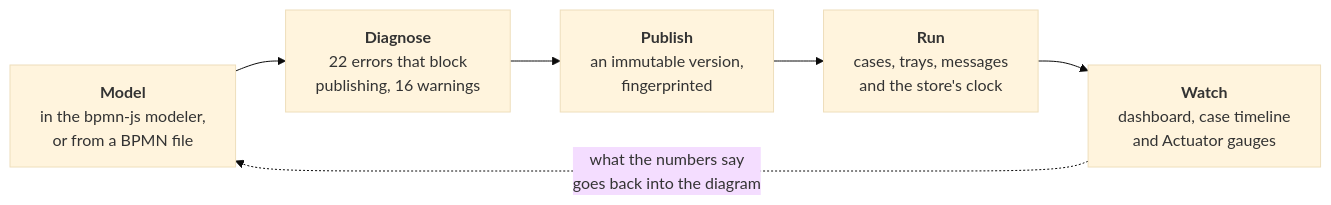
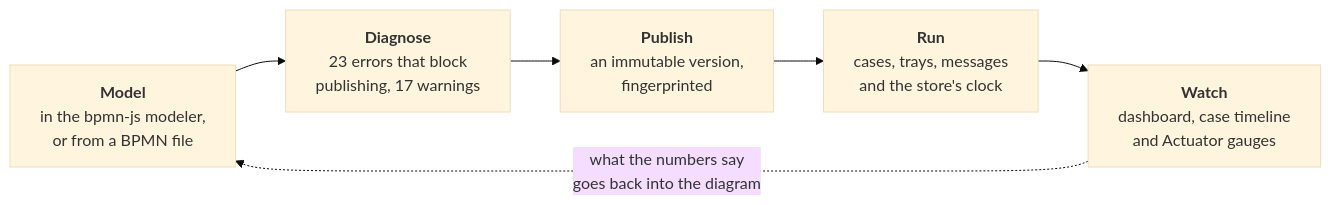
The first of 3 diagrams in README.md (AndresContreras1/bpmn-process-manager-api), drawn with Mermaid (base theme) before and after one commit. The commit also changed other lines of this file and 11 other files, not shown here.

````diff
--- a/README.md
+++ b/README.md
@@ -38,11 +38,11 @@
 ```mermaid
 flowchart LR
     M["<b>Model</b><br/>in the bpmn-js modeler,<br/>or from a BPMN file"]
-    D["<b>Diagnose</b><br/>22 errors that block<br/>publishing, 16 warnings"]
+    D["<b>Diagnose</b><br/>23 errors that block<br/>publishing, 17 warnings"]
     P["<b>Publish</b><br/>an immutable version,<br/>fingerprinted"]
     R["<b>Run</b><br/>cases, trays, messages<br/>and the store's clock"]
     W["<b>Watch</b><br/>dashboard, case timeline<br/>and Actuator gauges"]
 
     M --> D --> P --> R --> W
     W -. "what the numbers say<br/>goes back into the diagram" .-> M
 ```
````
